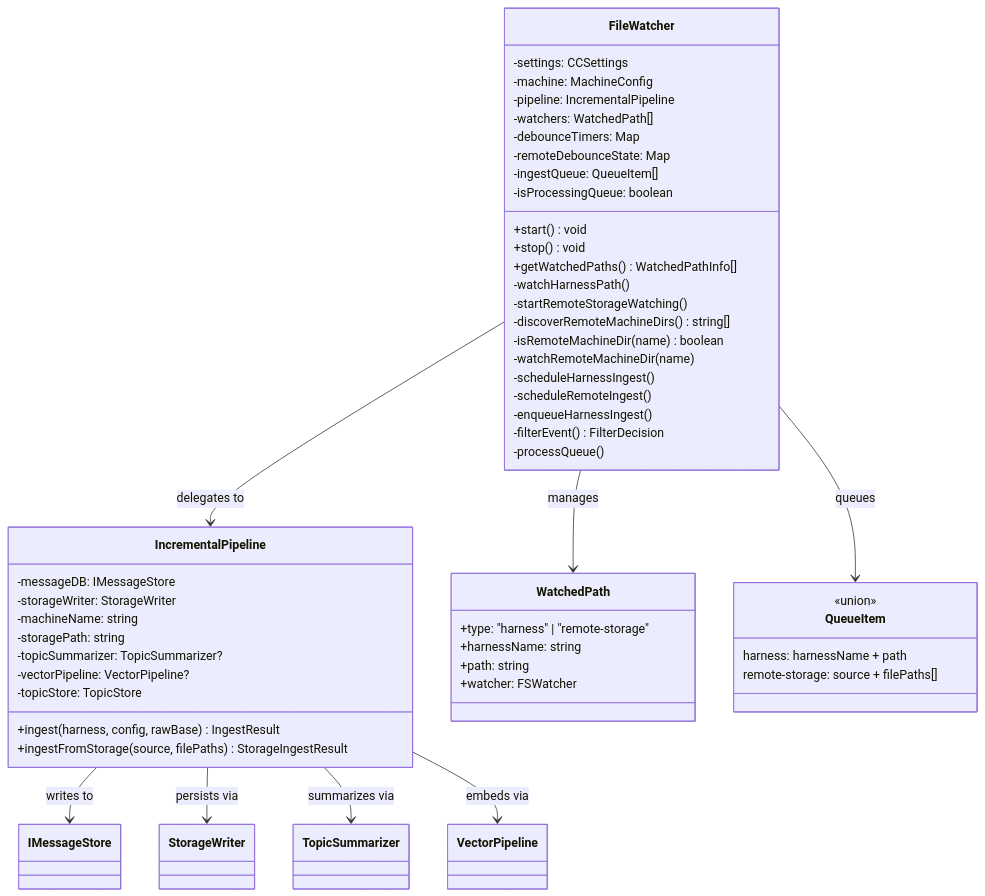
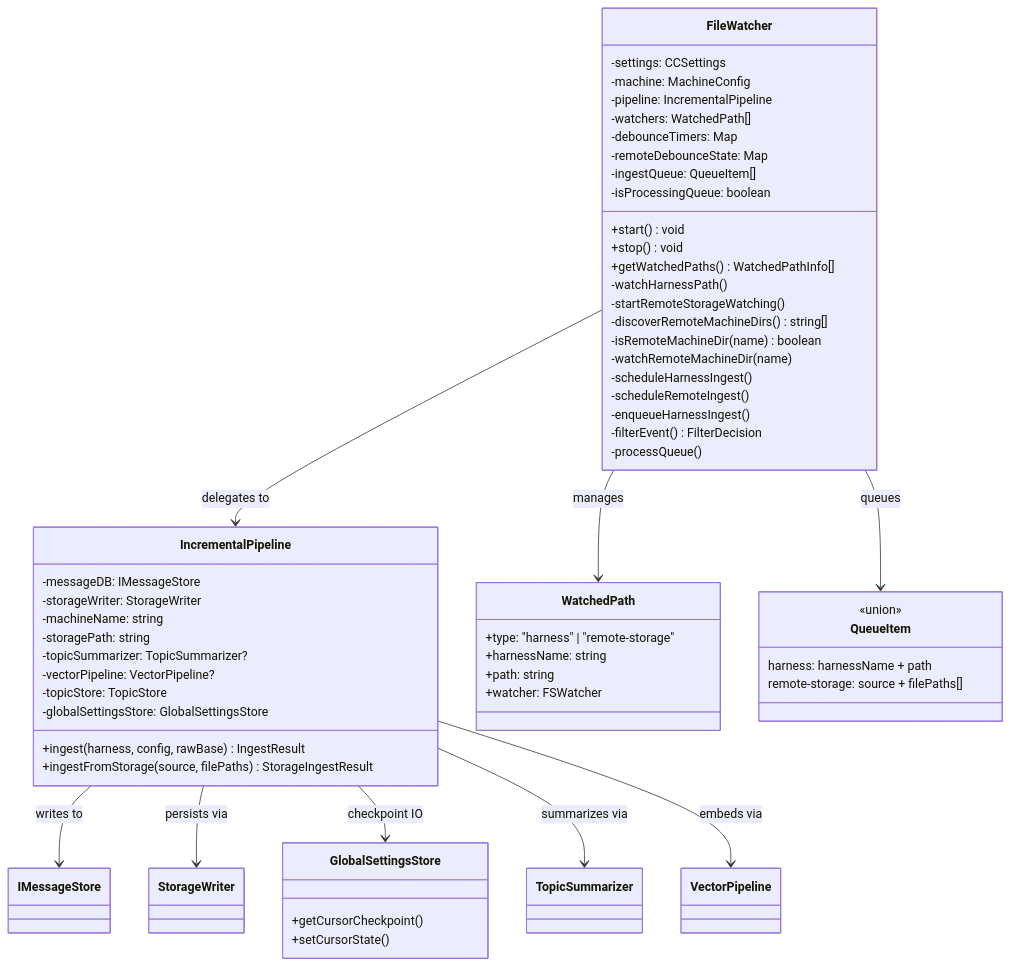
One commit to Kyliathy/context-core changed the second of 15 diagrams in server/zz-reach2/architecture/data/archi-file-watcher.md. Above: the diagram before and after it, drawn with Mermaid. The commit also changed other lines of this file and 23 other files, not shown here.

````diff
--- a/server/zz-reach2/architecture/data/archi-file-watcher.md
+++ b/server/zz-reach2/architecture/data/archi-file-watcher.md
@@ -71,59 +75,66 @@
 ```mermaid
 classDiagram
     class FileWatcher {
         -settings: CCSettings
         -machine: MachineConfig
         -pipeline: IncrementalPipeline
         -watchers: WatchedPath[]
         -debounceTimers: Map
         -remoteDebounceState: Map
         -ingestQueue: QueueItem[]
         -isProcessingQueue: boolean
         +start() void
         +stop() void
         +getWatchedPaths() WatchedPathInfo[]
         -watchHarnessPath()
         -startRemoteStorageWatching()
         -discoverRemoteMachineDirs() string[]
         -isRemoteMachineDir(name) boolean
         -watchRemoteMachineDir(name)
         -scheduleHarnessIngest()
         -scheduleRemoteIngest()
         -enqueueHarnessIngest()
         -filterEvent() FilterDecision
         -processQueue()
     }
 
     class IncrementalPipeline {
         -messageDB: IMessageStore
         -storageWriter: StorageWriter
         -machineName: string
         -storagePath: string
         -topicSummarizer: TopicSummarizer?
         -vectorPipeline: VectorPipeline?
         -topicStore: TopicStore
+        -globalSettingsStore: GlobalSettingsStore
         +ingest(harness, config, rawBase) IngestResult
         +ingestFromStorage(source, filePaths) StorageIngestResult
+    }
+
+    class GlobalSettingsStore {
+        +getCursorCheckpoint()
+        +setCursorState()
     }
 
     class WatchedPath {
         +type: "harness" | "remote-storage"
         +harnessName: string
         +path: string
         +watcher: FSWatcher
     }
 
     class QueueItem {
         <<union>>
         harness: harnessName + path
         remote-storage: source + filePaths[]
     }
 
     FileWatcher --> IncrementalPipeline : delegates to
     FileWatcher --> WatchedPath : manages
     FileWatcher --> QueueItem : queues
     IncrementalPipeline --> IMessageStore : writes to
     IncrementalPipeline --> StorageWriter : persists via
+    IncrementalPipeline --> GlobalSettingsStore : checkpoint IO
     IncrementalPipeline --> TopicSummarizer : summarizes via
     IncrementalPipeline --> VectorPipeline : embeds via
 ```
````
